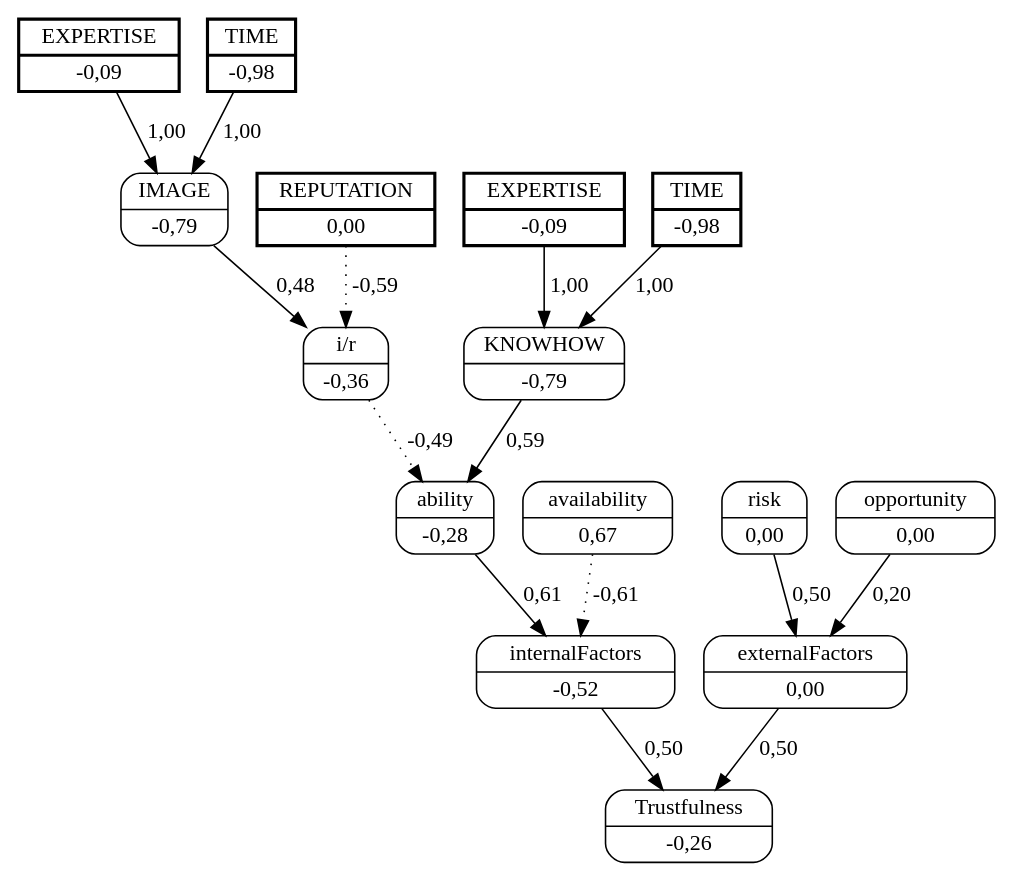
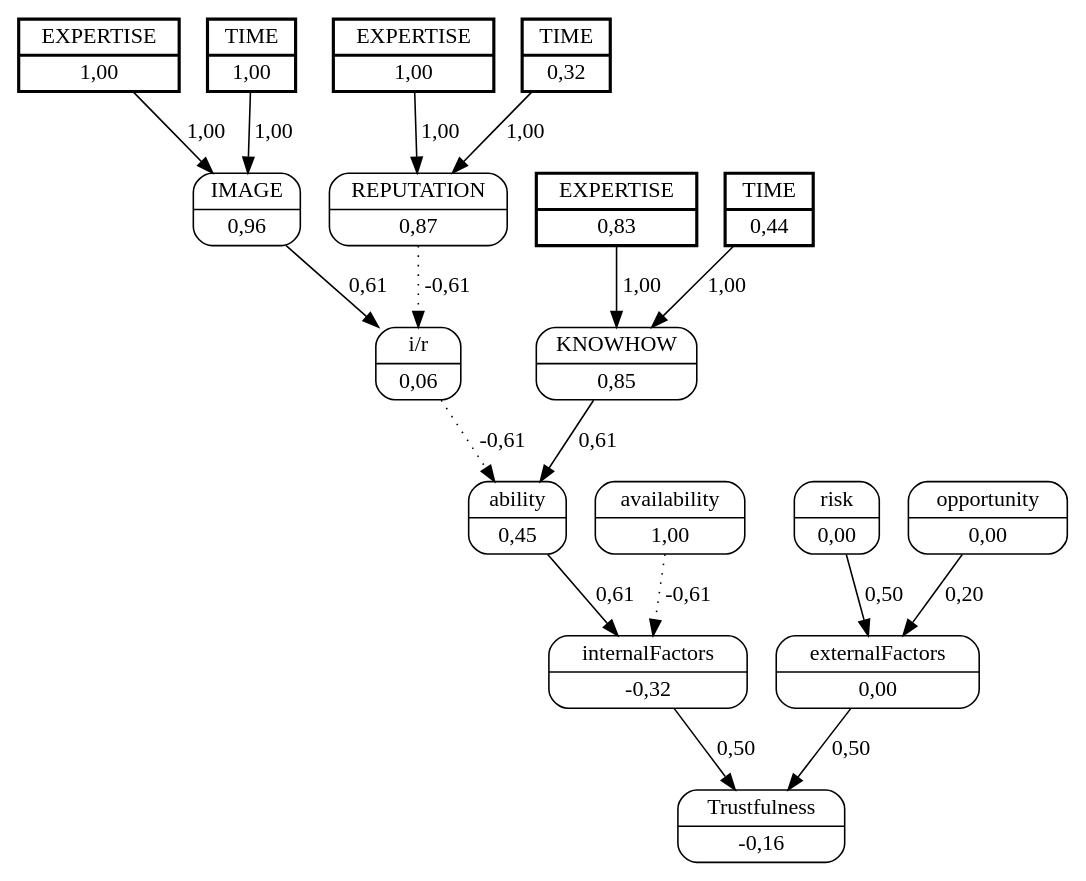
One commit to jjbaqueta/unload_experiment changed the diagram in unload_boxes/dots/worker_2helper_6.dot. Above: the diagram before and after it, drawn with Graphviz. The commit also changed 92 other files, not shown here.

```diff
--- a/unload_boxes/dots/worker_2helper_6.dot
+++ b/unload_boxes/dots/worker_2helper_6.dot
@@ -1,34 +1,38 @@
 digraph FCM_net{
 	node [shape=record, style=rounded]
-	11 [label="{EXPERTISE | -0,09}", style=bold, penwidth=2, peripheries=2];
-	12 [label="{TIME | -0,98}", style=bold, penwidth=2, peripheries=2];
-	1 [label="{REPUTATION | 0,00}", style=bold, penwidth=2, peripheries=2];
-	13 [label="{EXPERTISE | -0,09}", style=bold, penwidth=2, peripheries=2];
-	14 [label="{TIME | -0,98}", style=bold, penwidth=2, peripheries=2];
-	0 [label="{IMAGE | -0,79}"];
-	1 [label="{REPUTATION | 0,00}"];
-	2 [label="{KNOWHOW | -0,79}"];
-	3 [label="{i/r | -0,36}"];
-	4 [label="{ability | -0,28}"];
-	5 [label="{availability | 0,67}"];
-	6 [label="{internalFactors | -0,52}"];
+	11 [label="{EXPERTISE | 1,00}", style=bold, penwidth=2, peripheries=2];
+	12 [label="{TIME | 1,00}", style=bold, penwidth=2, peripheries=2];
+	13 [label="{EXPERTISE | 1,00}", style=bold, penwidth=2, peripheries=2];
+	14 [label="{TIME | 0,32}", style=bold, penwidth=2, peripheries=2];
+	15 [label="{EXPERTISE | 0,83}", style=bold, penwidth=2, peripheries=2];
+	16 [label="{TIME | 0,44}", style=bold, penwidth=2, peripheries=2];
+	0 [label="{IMAGE | 0,96}"];
+	1 [label="{REPUTATION | 0,87}"];
+	2 [label="{KNOWHOW | 0,85}"];
+	3 [label="{i/r | 0,06}"];
+	4 [label="{ability | 0,45}"];
+	5 [label="{availability | 1,00}"];
+	6 [label="{internalFactors | -0,32}"];
 	7 [label="{risk | 0,00}"];
 	8 [label="{opportunity | 0,00}"];
 	9 [label="{externalFactors | 0,00}"];
-	10 [label="{Trustfulness | -0,26}"];
-	11 [label="{EXPERTISE | -0,09}"];
-	0 -> 3 [label = "0,48"];
-	1 -> 3 [label = "-0,59", style=dotted];
-	3 -> 4 [label = "-0,49", style=dotted];
-	2 -> 4 [label = "0,59"];
+	10 [label="{Trustfulness | -0,16}"];
+	11 [label="{EXPERTISE | 1,00}"];
+	13 [label="{EXPERTISE | 1,00}"];
+	0 -> 3 [label = "0,61"];
+	1 -> 3 [label = "-0,61", style=dotted];
+	3 -> 4 [label = "-0,61", style=dotted];
+	2 -> 4 [label = "0,61"];
 	4 -> 6 [label = "0,61"];
 	5 -> 6 [label = "-0,61", style=dotted];
 	6 -> 10 [label = "0,50"];
 	7 -> 9 [label = "0,50"];
 	8 -> 9 [label = "0,20"];
 	9 -> 10 [label = "0,50"];
 	11 -> 0 [label = "1,00"];
 	12 -> 0 [label = "1,00"];
-	13 -> 2 [label = "1,00"];
-	14 -> 2 [label = "1,00"];
+	13 -> 1 [label = "1,00"];
+	14 -> 1 [label = "1,00"];
+	15 -> 2 [label = "1,00"];
+	16 -> 2 [label = "1,00"];
 }
```
